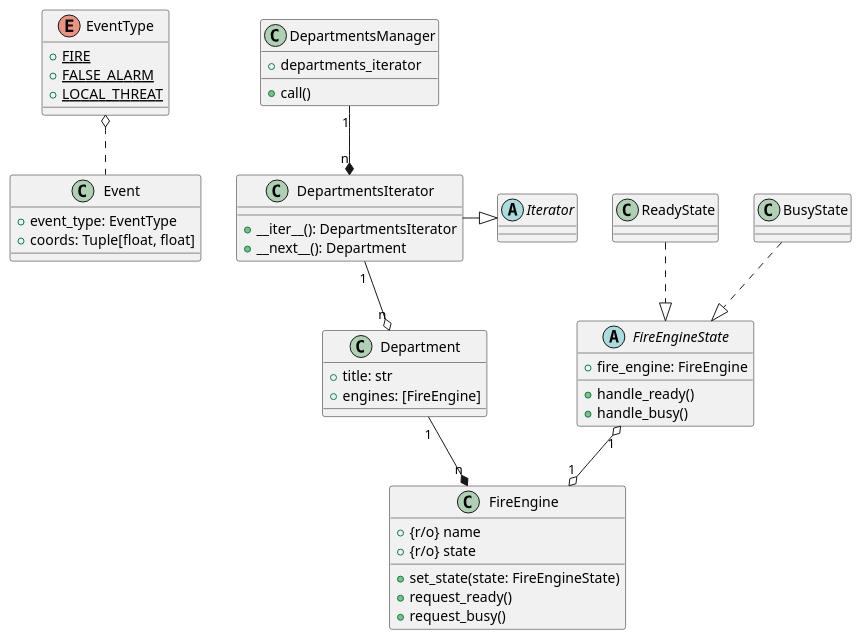
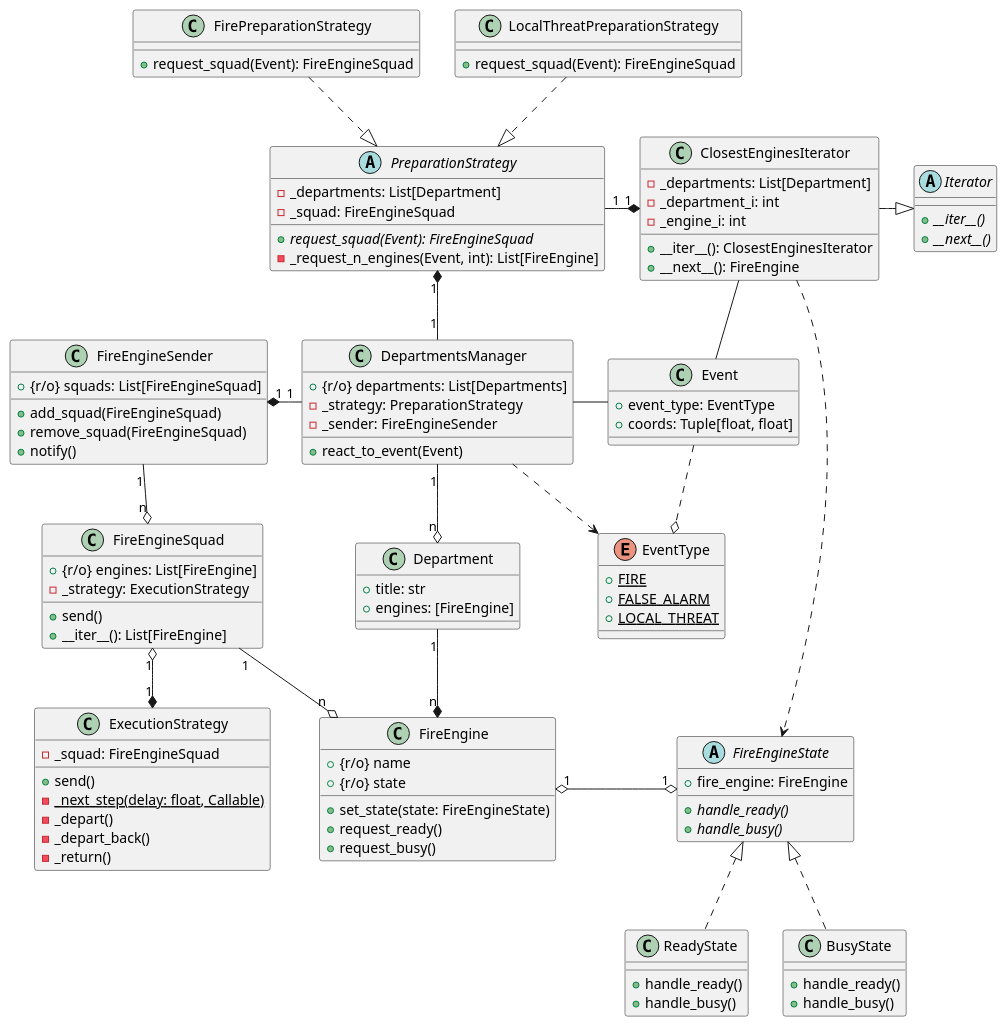
Before and after one commit to idfortytwo/to: the diagram in lab5/uml.puml, drawn with PlantUML. The commit also changed 3 other files, not shown here.

Commit message:
UML, type hints and removal of unused properties

```diff
--- a/lab5/uml.puml
+++ b/lab5/uml.puml
@@ -1,54 +1,117 @@
 @startuml
 
 abstract class FireEngineState {
     + fire_engine: FireEngine
+    + {abstract} handle_ready()
+    + {abstract} handle_busy()
+}
+class ReadyState {
     + handle_ready()
     + handle_busy()
 }
-class ReadyState
-class BusyState
-ReadyState .d-|> FireEngineState
-BusyState .d-|> FireEngineState
+class BusyState {
+    + handle_ready()
+    + handle_busy()
+}
+ReadyState .u-|> FireEngineState
+BusyState .u-|> FireEngineState
 
 class FireEngine {
     + {r/o} name
     + {r/o} state
     + set_state(state: FireEngineState)
     + request_ready()
     + request_busy()
 }
-FireEngine "1" o-u-o "1" FireEngineState
+FireEngine "1" o-r-o "1" FireEngineState
+
+class FireEngineSquad {
+    + {r/o} engines: List[FireEngine]
+    - _strategy: ExecutionStrategy
+    + send()
+    + __iter__(): List[FireEngine]
+}
+FireEngineSquad "1" --o "n" FireEngine
+FireEngineSquad "1" o--* "1" ExecutionStrategy
+
 
 enum EventType {
     + {static} FIRE
     + {static} FALSE_ALARM
     + {static} LOCAL_THREAT
 }
 class Event {
     + event_type: EventType
     + coords: Tuple[float, float]
 }
-Event .u-o EventType
+Event .d-o EventType
 
 class Department {
     + title: str
     + engines: [FireEngine]
 }
-abstract class Iterator
-class DepartmentsIterator {
-    + __iter__(): DepartmentsIterator
-    + __next__(): Department
+abstract class Iterator {
+    + {abstract} __iter__()
+    + {abstract} __next__()
 }
-class DepartmentsManager {
-    + departments_iterator
-    + call()
+class ClosestEnginesIterator {
+    - _departments: List[Department]
+    - _department_i: int
+    - _engine_i: int
+    + __iter__(): ClosestEnginesIterator
+    + __next__(): FireEngine
 }
-DepartmentsIterator -r|> Iterator
-DepartmentsIterator "1" --o "n" Department
-DepartmentsManager "1" --* "n" DepartmentsIterator
+ClosestEnginesIterator --r|> Iterator
+ClosestEnginesIterator -- Event
+ClosestEnginesIterator .-> FireEngineState
 
 Department "1" --* "n" FireEngine
 
+abstract class PreparationStrategy {
+    - _departments: List[Department]
+    - _squad: FireEngineSquad
+    + {abstract}  request_squad(Event): FireEngineSquad
+    - _request_n_engines(Event, int): List[FireEngine]
+}
+PreparationStrategy "1" -r-* "1" ClosestEnginesIterator
+class FirePreparationStrategy {
+    + request_squad(Event): FireEngineSquad
+}
+class LocalThreatPreparationStrategy {
+    + request_squad(Event): FireEngineSquad
+}
+FirePreparationStrategy .d-|> PreparationStrategy
+LocalThreatPreparationStrategy .d-|> PreparationStrategy
+
+class ExecutionStrategy {
+    - _squad: FireEngineSquad
+    + send()
+    - {static} _next_step(delay: float, Callable)
+    - _depart()
+    - _depart_back()
+    - _return()
+}
 
 
+class DepartmentsManager {
+    + {r/o} departments: List[Departments]
+    - _strategy: PreparationStrategy
+    - _sender: FireEngineSender
+    + react_to_event(Event)
+}
+DepartmentsManager "1" -u-* "1" PreparationStrategy
+DepartmentsManager -r- Event
+DepartmentsManager .l-> EventType
+DepartmentsManager "1" --o "n" Department
+
+
+class FireEngineSender {
+    + {r/o} squads: List[FireEngineSquad]
+    + add_squad(FireEngineSquad)
+    + remove_squad(FireEngineSquad)
+    + notify()
+}
+DepartmentsManager "1" -l-* "1" FireEngineSender
+FireEngineSender "1" -d-o "n" FireEngineSquad
+
 @enduml
```
